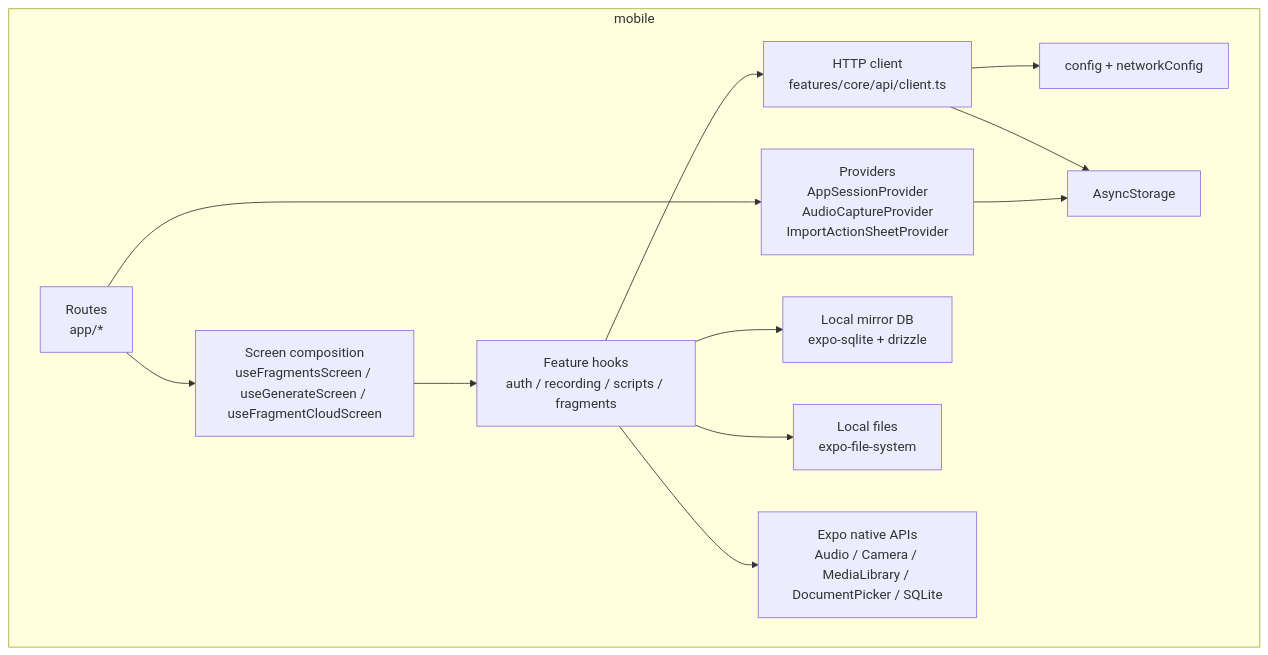
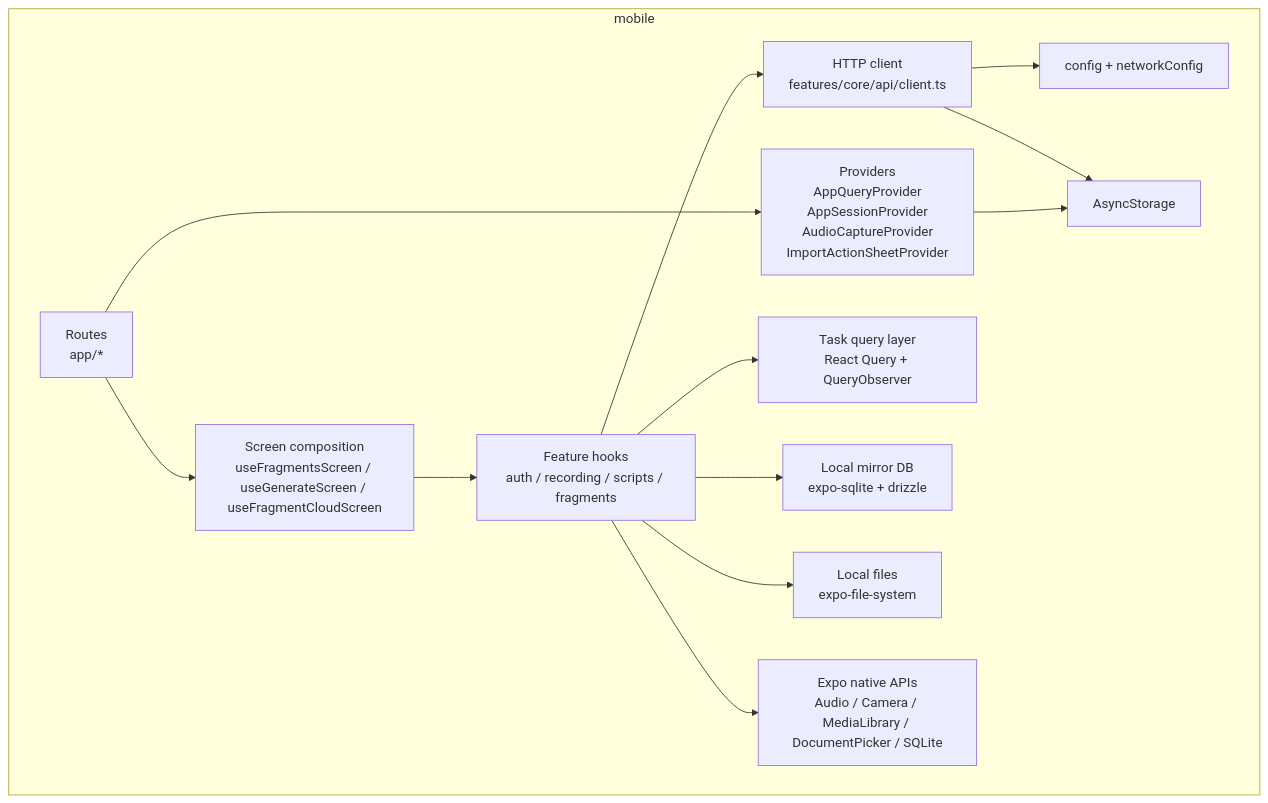
One commit to YCZA2/SparkFlow changed the second of 10 diagrams in memory-bank/architecture.md. Above: the diagram before and after it, drawn with Mermaid. The commit also changed other lines of this file and 37 other files, not shown here.

````diff
--- a/memory-bank/architecture.md
+++ b/memory-bank/architecture.md
@@ -99,26 +99,28 @@
 ```mermaid
 flowchart TD
     subgraph Mobile["mobile"]
         R["Routes<br/>app/*"]
-        P["Providers<br/>AppSessionProvider<br/>AudioCaptureProvider<br/>ImportActionSheetProvider"]
+        P["Providers<br/>AppQueryProvider<br/>AppSessionProvider<br/>AudioCaptureProvider<br/>ImportActionSheetProvider"]
         SM["Screen composition<br/>useFragmentsScreen / useGenerateScreen / useFragmentCloudScreen"]
         H["Feature hooks<br/>auth / recording / scripts / fragments"]
         C["HTTP client<br/>features/core/api/client.ts"]
+        Q["Task query layer<br/>React Query + QueryObserver"]
         CFG["config + networkConfig"]
         AS["AsyncStorage"]
         LDB["Local mirror DB<br/>expo-sqlite + drizzle"]
         LFS["Local files<br/>expo-file-system"]
         NATIVE["Expo native APIs<br/>Audio / Camera / MediaLibrary / DocumentPicker / SQLite"]
     end
 
     R --> P
     R --> SM
     SM --> H
     H --> C
+    H --> Q
     H --> LDB
     H --> LFS
     H --> NATIVE
     C --> CFG
     C --> AS
     P --> AS
 ```
````
